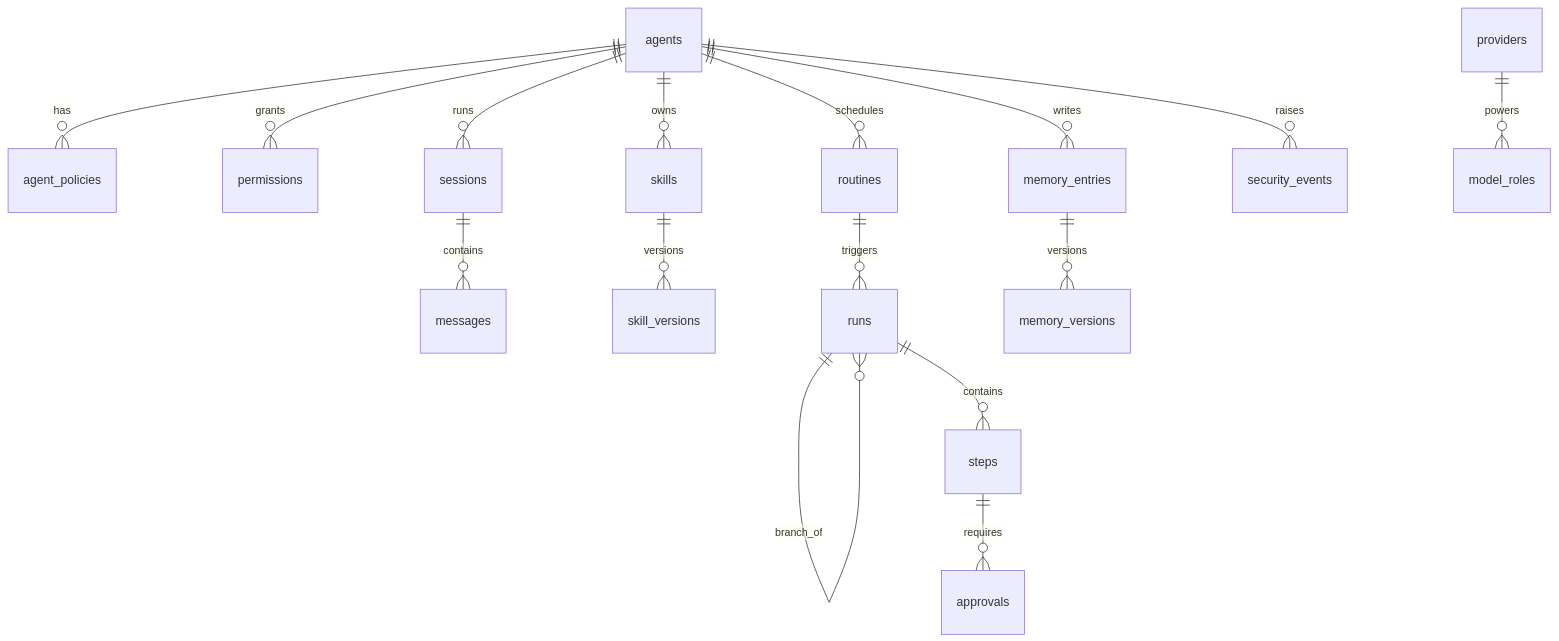
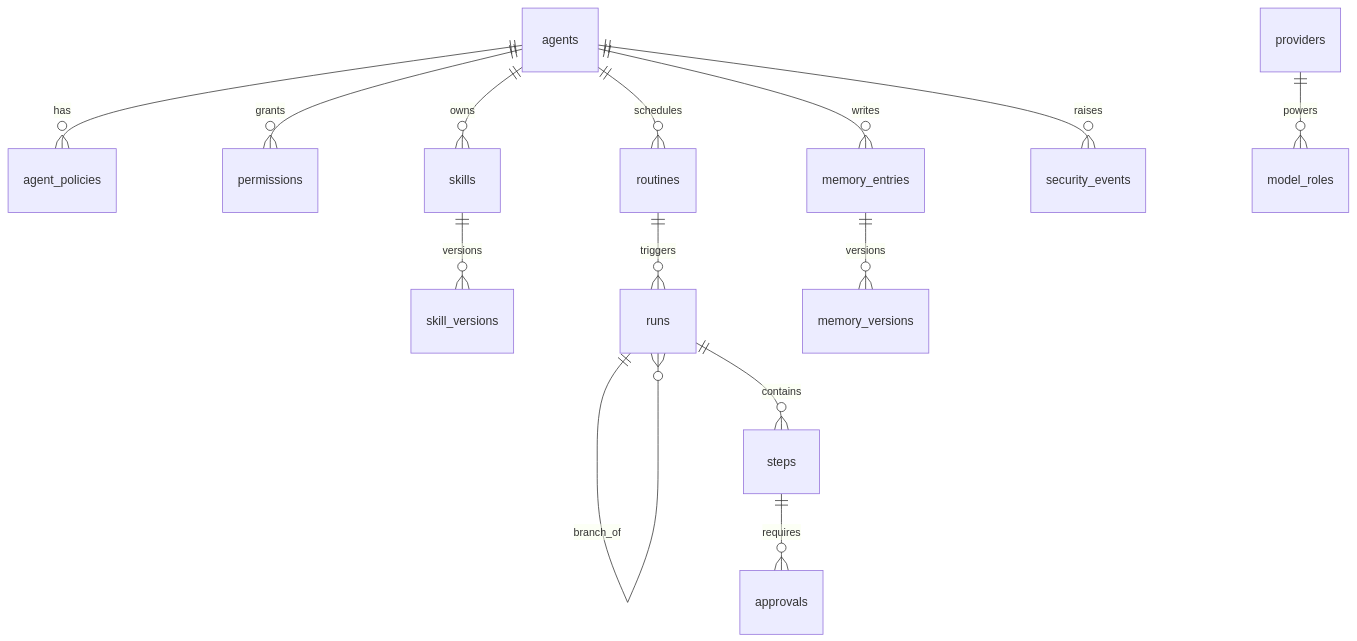
Before and after one commit to Satyamkryo/Eclipse-Crew: the eighth of 12 diagrams in docs/ARCHITECTURE.md, drawn with Mermaid. The commit also changed other lines of this file and 145 other files, not shown here.

````diff
--- a/docs/ARCHITECTURE.md
+++ b/docs/ARCHITECTURE.md
@@ -726,18 +769,16 @@
 ```mermaid
 erDiagram
   agents ||--o{ agent_policies : has
   agents ||--o{ permissions : grants
-  agents ||--o{ sessions : runs
-  sessions ||--o{ messages : contains
   agents ||--o{ skills : owns
   skills ||--o{ skill_versions : versions
   agents ||--o{ routines : schedules
   routines ||--o{ runs : triggers
   runs ||--o{ runs : branch_of
   runs ||--o{ steps : contains
   steps ||--o{ approvals : requires
   agents ||--o{ memory_entries : writes
   memory_entries ||--o{ memory_versions : versions
   agents ||--o{ security_events : raises
   providers ||--o{ model_roles : powers
 ```
````
